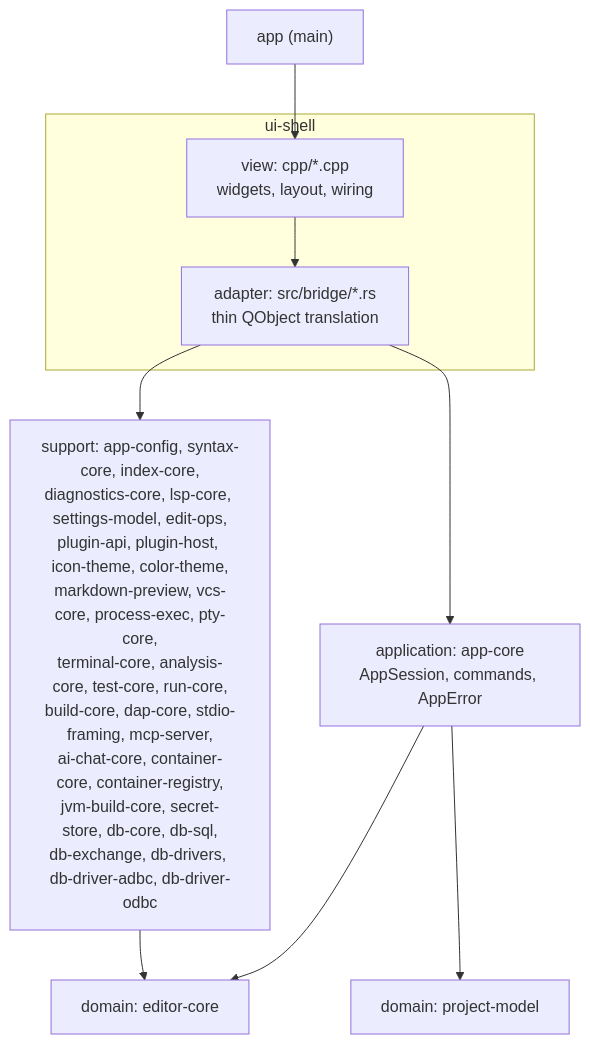
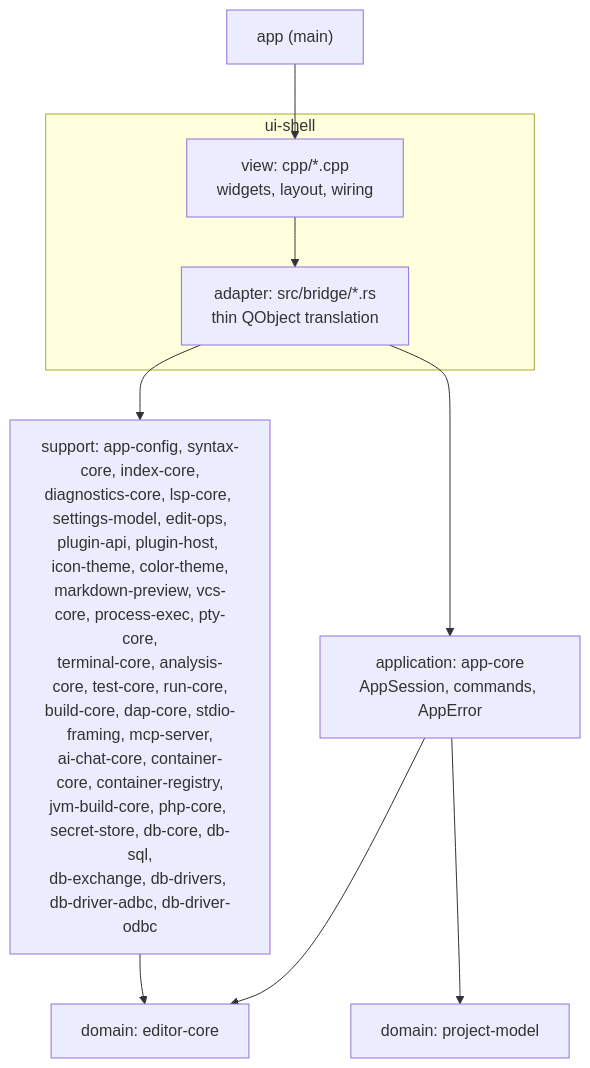
One commit to floriankraemer/kestrel-ide changed the diagram in docs/architecture/overview.md. Above: the diagram before and after it, drawn with Mermaid. The commit also changed other lines of this file and 326 other files, not shown here.

````diff
--- a/docs/architecture/overview.md
+++ b/docs/architecture/overview.md
@@ -30,12 +40,12 @@
 ```mermaid
 graph TB
     app["app (main)"] --> view
     subgraph uishell["ui-shell"]
         view["view: cpp/*.cpp<br/>widgets, layout, wiring"] --> adapter["adapter: src/bridge/*.rs<br/>thin QObject translation"]
     end
     adapter --> appcore["application: app-core<br/>AppSession, commands, AppError"]
-    adapter --> support["support: app-config, syntax-core, index-core,<br/>diagnostics-core, lsp-core, settings-model, edit-ops,<br/>plugin-api, plugin-host, icon-theme, color-theme,<br/>markdown-preview, vcs-core, process-exec, pty-core,<br/>terminal-core, analysis-core, test-core, run-core,<br/>build-core, dap-core, stdio-framing, mcp-server,<br/>ai-chat-core, container-core, container-registry,<br/>jvm-build-core, secret-store, db-core, db-sql,<br/>db-exchange, db-drivers, db-driver-adbc, db-driver-odbc"]
+    adapter --> support["support: app-config, syntax-core, index-core,<br/>diagnostics-core, lsp-core, settings-model, edit-ops,<br/>plugin-api, plugin-host, icon-theme, color-theme,<br/>markdown-preview, vcs-core, process-exec, pty-core,<br/>terminal-core, analysis-core, test-core, run-core,<br/>build-core, dap-core, stdio-framing, mcp-server,<br/>ai-chat-core, container-core, container-registry,<br/>jvm-build-core, php-core, secret-store, db-core, db-sql,<br/>db-exchange, db-drivers, db-driver-adbc, db-driver-odbc"]
     appcore --> editorcore["domain: editor-core"]
     appcore --> projectmodel["domain: project-model"]
     support --> editorcore
 ```
````
